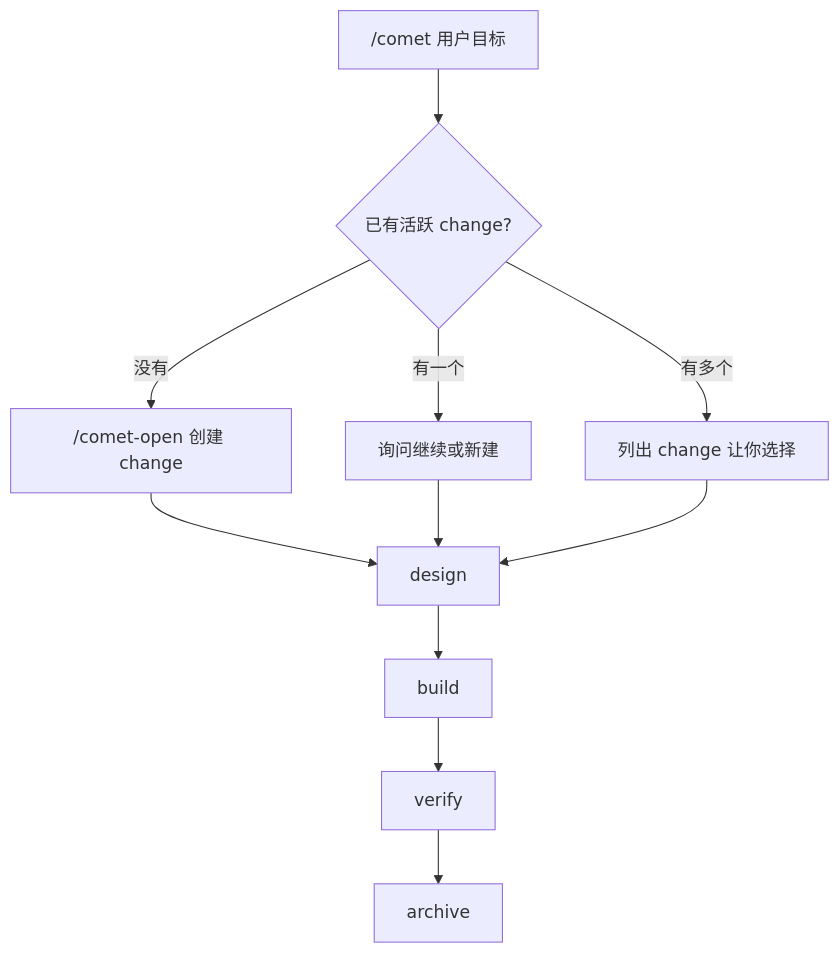
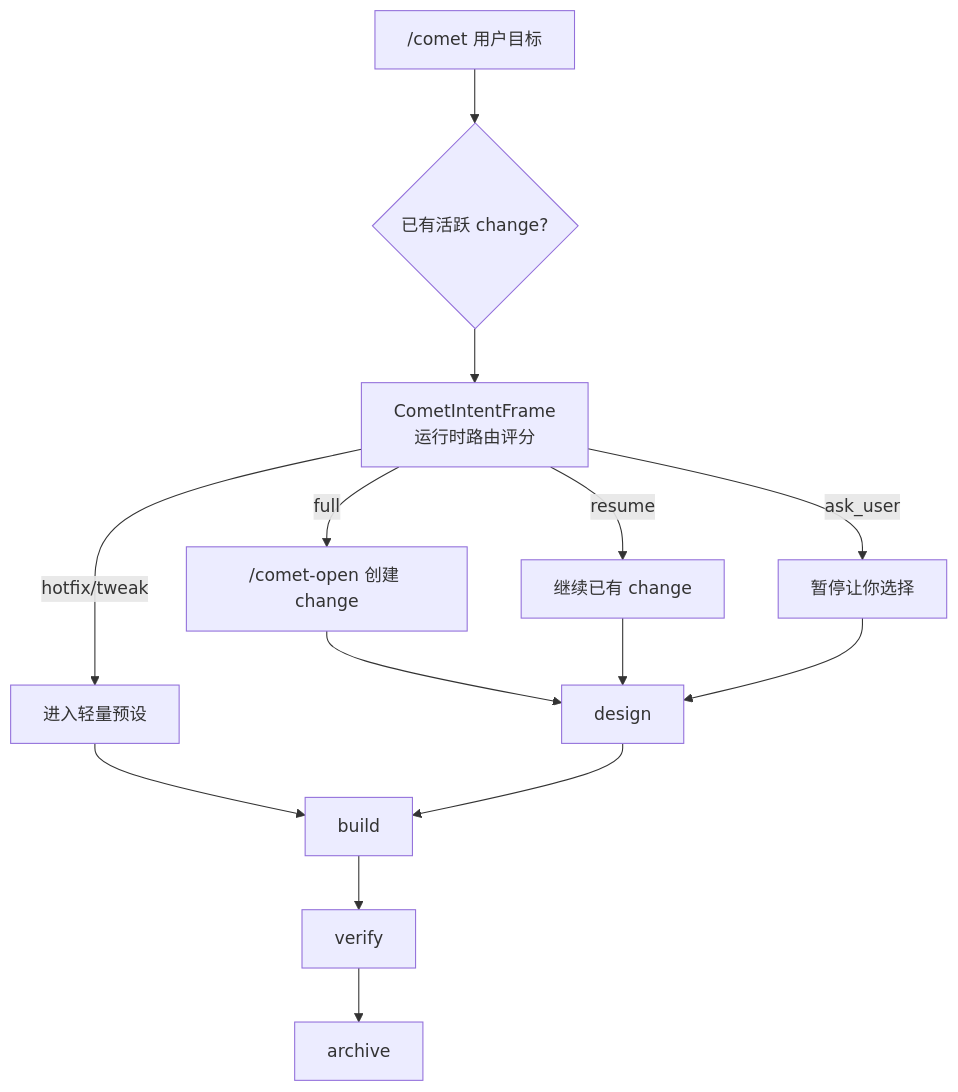
Before and after one commit to rpamis/comet-website-docs: the diagram in zh/quickstart.mdx, drawn with Mermaid. The commit also changed other lines of this file and 23 other files, not shown here.

````diff
--- a/zh/quickstart.mdx
+++ b/zh/quickstart.mdx
@@ -57,13 +57,16 @@
 ```mermaid
 flowchart TD
   A["/comet 用户目标"] --> B{"已有活跃 change?"}
-  B -->|没有| C["/comet-open 创建 change"]
-  B -->|有一个| D["询问继续或新建"]
-  B -->|有多个| E["列出 change 让你选择"]
+  B --> R["CometIntentFrame<br/>运行时路由评分"]
+  R -->|full| C["/comet-open 创建 change"]
+  R -->|hotfix/tweak| P["进入轻量预设"]
+  R -->|resume| D["继续已有 change"]
+  R -->|ask_user| E["暂停让你选择"]
   C --> F["design"]
   D --> F
   E --> F
+  P --> G
   F --> G["build"]
   G --> H["verify"]
   H --> I["archive"]
 ```
````
